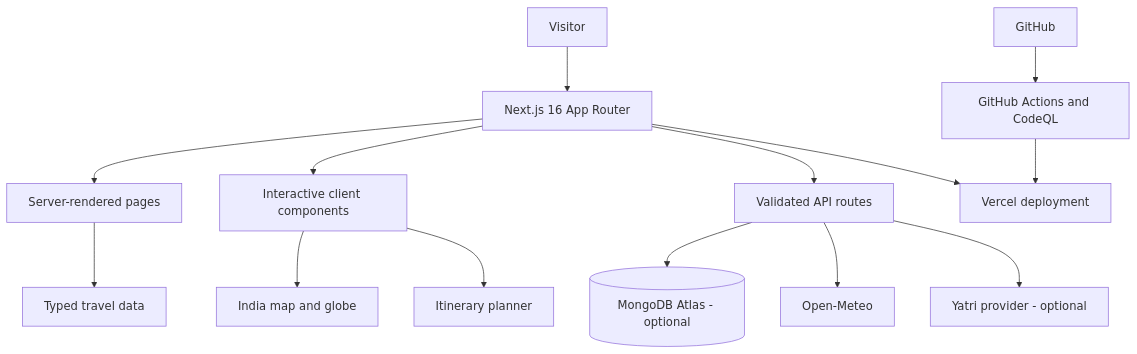
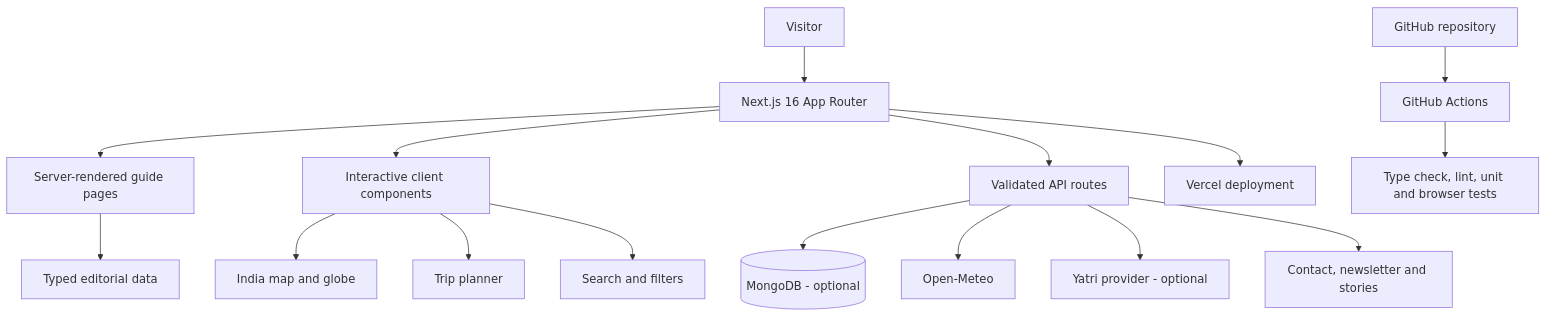
The diagram in README.md (Supriyo016/TourIndia), drawn with Mermaid before and after one commit. The commit also changed other lines of this file, not shown here.

Commit message:
docs: redesign Tour India README to match project portfolio style

````diff
--- a/README.md
+++ b/README.md
@@ -177,16 +265,18 @@
 ```mermaid
 flowchart TD
-    Visitor[Visitor] --> App[Next.js 16 App Router]
-    App --> Pages[Server-rendered pages]
-    App --> Client[Interactive client components]
-    Pages --> Content[Typed travel data]
-    Client --> Map[India map and globe]
-    Client --> Planner[Itinerary planner]
-    App --> API[Validated API routes]
-    API --> DB[(MongoDB Atlas - optional)]
+    Visitor[Visitor] --> Next[Next.js 16 App Router]
+    Next --> Pages[Server-rendered guide pages]
+    Next --> Islands[Interactive client components]
+    Pages --> Data[Typed editorial data]
+    Islands --> Map[India map and globe]
+    Islands --> Planner[Trip planner]
+    Islands --> Search[Search and filters]
+    Next --> API[Validated API routes]
+    API --> Mongo[(MongoDB - optional)]
     API --> Weather[Open-Meteo]
-    API --> Assistant[Yatri provider - optional]
-    Repo[GitHub] --> CI[GitHub Actions and CodeQL]
-    CI --> Vercel[Vercel deployment]
-    App --> Vercel
+    API --> Yatri[Yatri provider - optional]
+    API --> Forms[Contact, newsletter and stories]
+    Repo[GitHub repository] --> CI[GitHub Actions]
+    CI --> Tests[Type check, lint, unit and browser tests]
+    Next --> Host[Vercel deployment]
 ```
````
